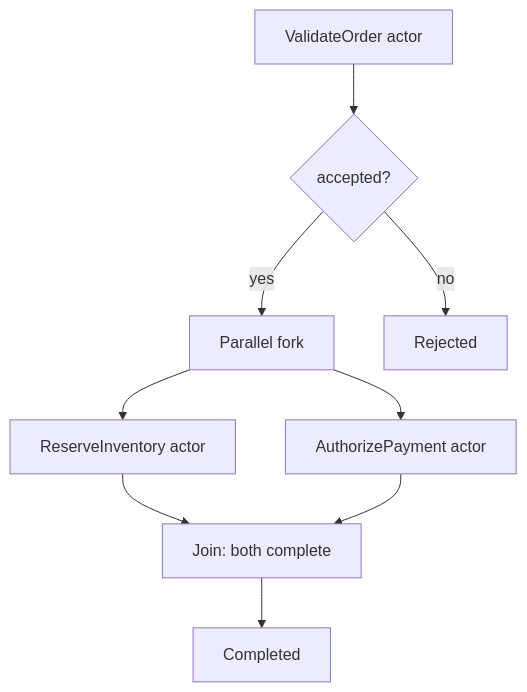
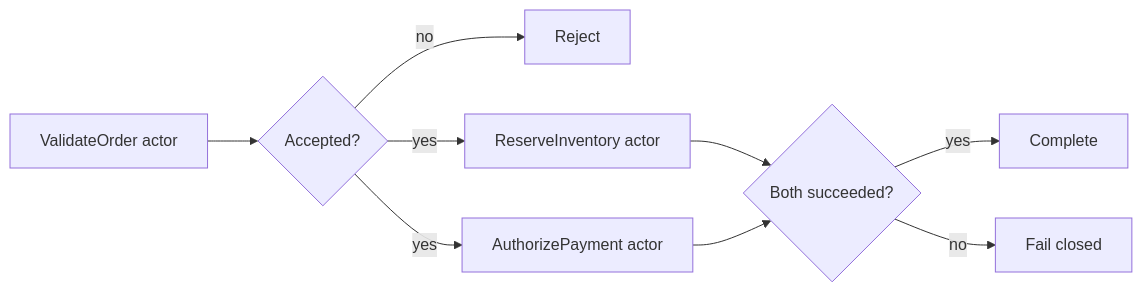
One commit to atto-lang/atto-step-function-demo changed the first of 3 diagrams in docs/GRAPHS.md. Above: the diagram before and after it, drawn with Mermaid. The commit also changed other lines of this file and 24 other files, not shown here.

````diff
--- a/docs/GRAPHS.md
+++ b/docs/GRAPHS.md
@@ -7,11 +5,11 @@
 ```mermaid
-flowchart TD
-  A["ValidateOrder actor"] --> B{"accepted?"}
-  B -->|yes| C["Parallel fork"]
-  B -->|no| X["Rejected"]
-  C --> D["ReserveInventory actor"]
-  C --> E["AuthorizePayment actor"]
-  D --> F["Join: both complete"]
-  E --> F
-  F --> G["Completed"]
+flowchart LR
+  V[ValidateOrder actor] --> C{Accepted?}
+  C -->|no| F[Reject]
+  C -->|yes| I[ReserveInventory actor]
+  C -->|yes| P[AuthorizePayment actor]
+  I --> J{Both succeeded?}
+  P --> J
+  J -->|yes| S[Complete]
+  J -->|no| X[Fail closed]
 ```
````
